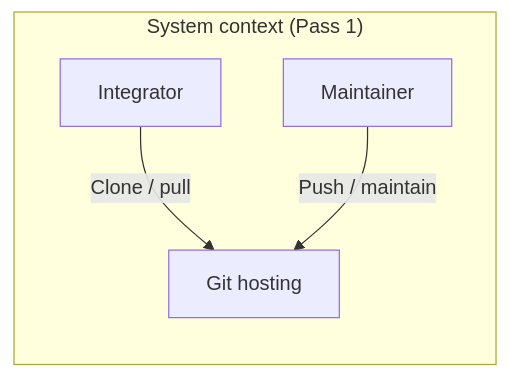
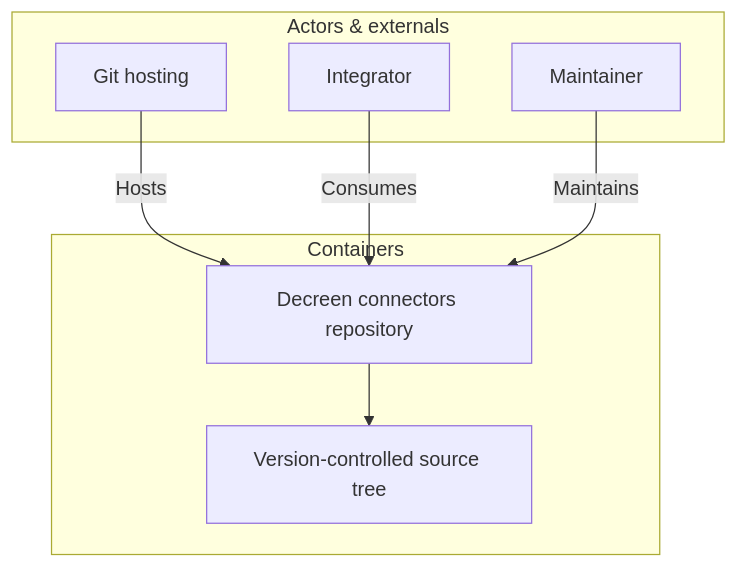
One commit to Decreen/decreen-connectors changed the diagram in docs/c4-live.mermaid.md. Above: the diagram before and after it, drawn with Mermaid. The commit also changed 3 other files, not shown here.

Commit message:
feat(c4): Pass 2 system boundary and source tree container

````diff
--- a/docs/c4-live.mermaid.md
+++ b/docs/c4-live.mermaid.md
@@ -3,10 +3,16 @@
 ```mermaid
-flowchart LR
-  subgraph L1["System context (Pass 1)"]
+flowchart TB
+  subgraph L1["Actors & externals"]
     integrator["Integrator"]
     maintainer["Maintainer"]
     git_host["Git hosting"]
   end
-  integrator -->|"Clone / pull"| git_host
-  maintainer -->|"Push / maintain"| git_host
+  subgraph L2["Containers"]
+    sys["Decreen connectors repository"]
+    src["Version-controlled source tree"]
+  end
+  git_host -->|"Hosts"| sys
+  integrator -->|"Consumes"| sys
+  maintainer -->|"Maintains"| sys
+  sys --> src
 ```
````
